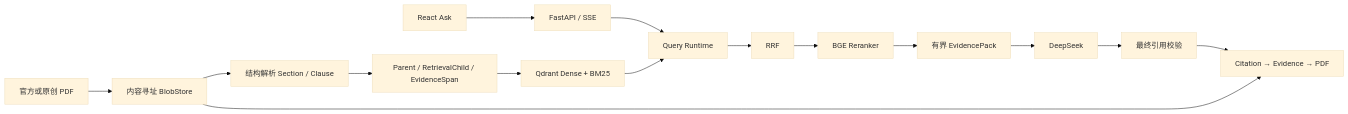
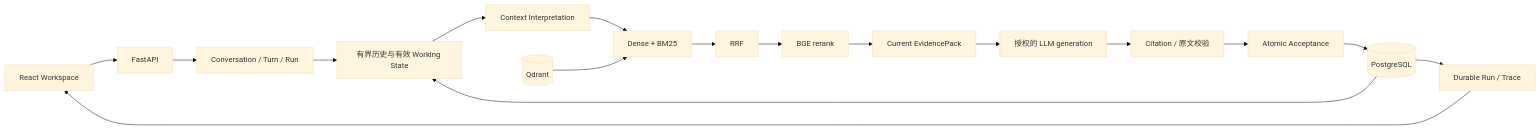
Before and after one commit to BillZhao626/CiteWeave: the first of 2 diagrams in docs/ARCHITECTURE.md, drawn with Mermaid (base theme). The commit also changed other lines of this file and 17 other files, not shown here.

````diff
--- a/docs/ARCHITECTURE.md
+++ b/docs/ARCHITECTURE.md
@@ -13,17 +7,19 @@
 ```mermaid
 flowchart LR
-    PDF[官方或原创 PDF] --> Blob[内容寻址 BlobStore]
-    Blob --> Parse[结构解析 Section / Clause]
-    Parse --> Parent[Parent / RetrievalChild / EvidenceSpan]
-    Parent --> Index[Qdrant Dense + BM25]
-    Ask[React Ask] --> API[FastAPI / SSE]
-    API --> Query[Query Runtime]
-    Index --> Query
-    Query --> RRF[RRF]
-    RRF --> BGE[BGE Reranker]
-    BGE --> Pack[有界 EvidencePack]
-    Pack --> Model[DeepSeek]
-    Model --> Validate[最终引用校验]
-    Validate --> View[Citation → Evidence → PDF]
-    Blob --> View
+    UI[React Workspace] --> API[FastAPI]
+    API --> Run[Conversation / Turn / Run]
+    Run --> History[有界历史与有效 Working State]
+    History --> Context[Context Interpretation]
+    Context --> Retrieval[Dense + BM25]
+    QD[(Qdrant)] --> Retrieval
+    Retrieval --> RRF[RRF]
+    RRF --> BGE[BGE rerank]
+    BGE --> Pack[Current EvidencePack]
+    Pack --> Model[授权的 LLM generation]
+    Model --> Validate[Citation / 原文校验]
+    Validate --> Accept[Atomic Acceptance]
+    Accept --> PG[(PostgreSQL)]
+    PG --> Trace[Durable Run / Trace]
+    Trace --> UI
+    PG --> History
 ```
````
